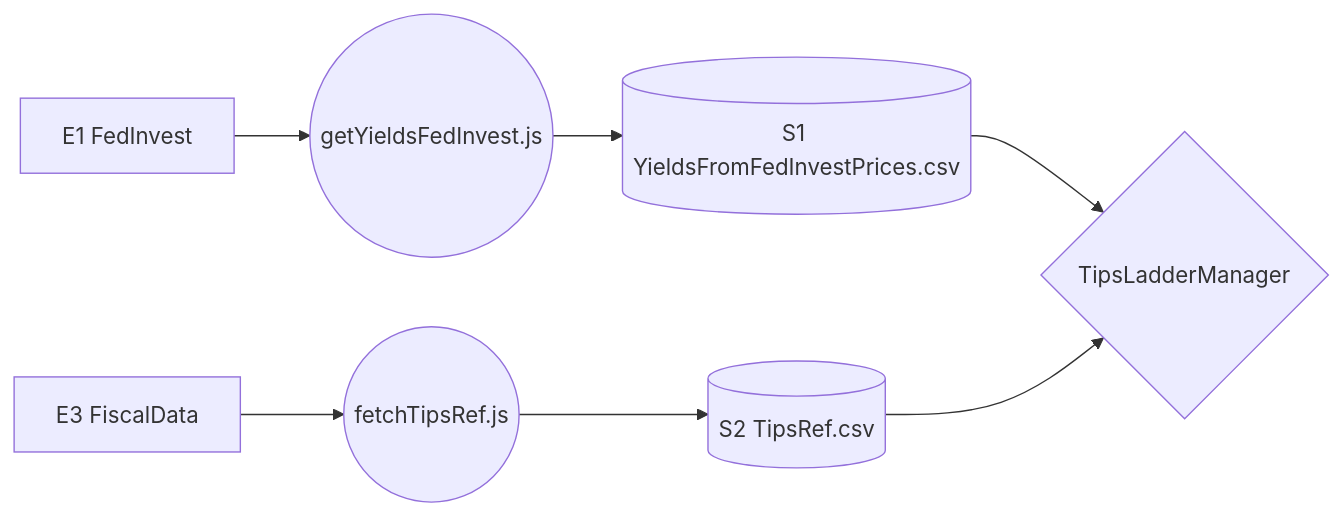
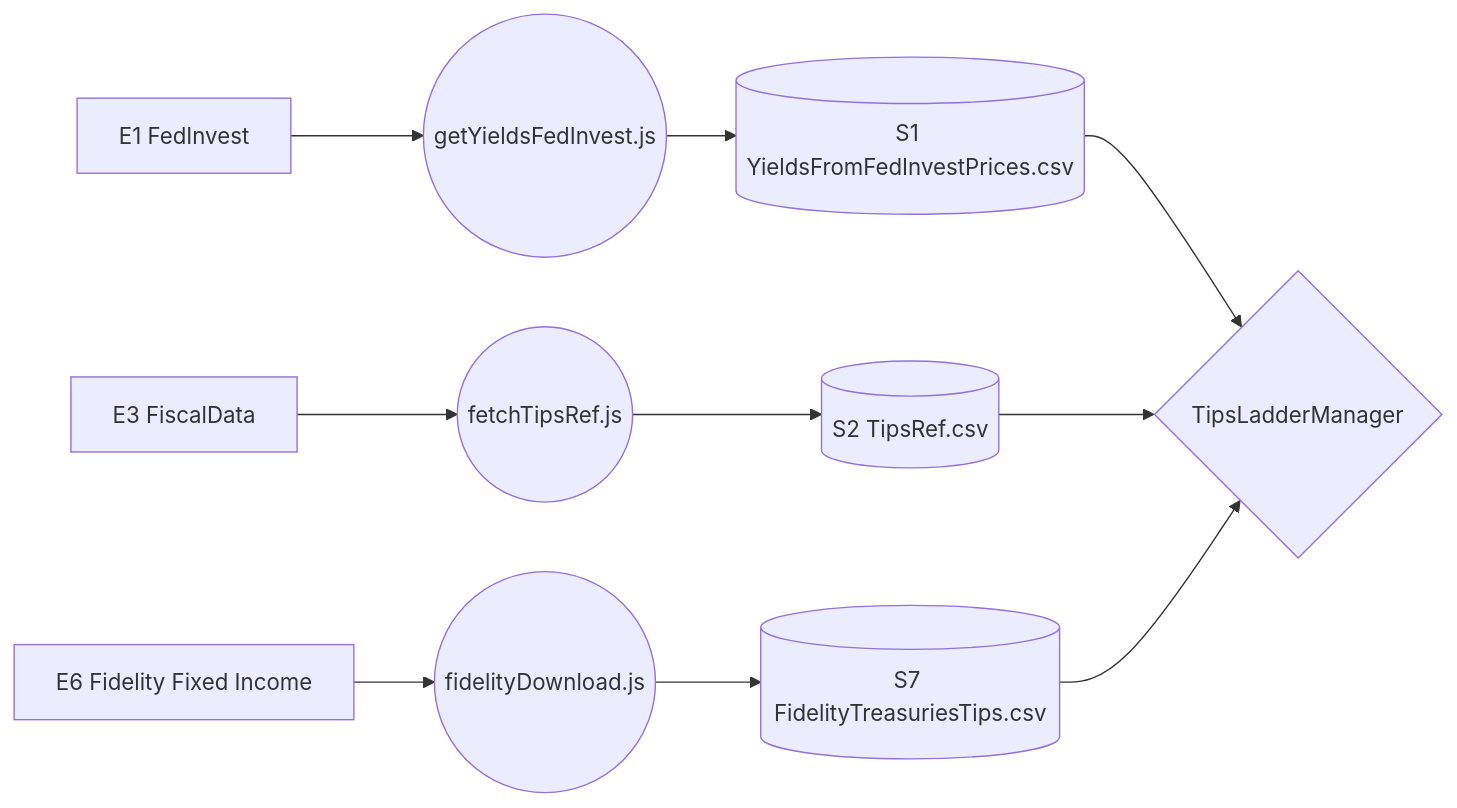
One commit to aerokam/TIPS changed the diagram in TipsLadderManager/knowledge/3.1_Data_Pipeline.md. Above: the diagram before and after it, drawn with Mermaid. The commit also changed other lines of this file and 11 other files, not shown here.

First line of the commit message:
Default TipsLadderManager to market (Fidelity) yields, keep FedInvest dormant

````diff
--- a/TipsLadderManager/knowledge/3.1_Data_Pipeline.md
+++ b/TipsLadderManager/knowledge/3.1_Data_Pipeline.md
@@ -12,32 +12,40 @@
 ```mermaid
 graph LR
     %% Sources
     E1[E1 FedInvest]
     E3[E3 FiscalData]
+    E6[E6 Fidelity Fixed Income]
 
     %% Jobs
     P1((getYieldsFedInvest.js))
     P3((fetchTipsRef.js))
+    P4((fidelityDownload.js))
 
     %% Stores
     S1[("S1 YieldsFromFedInvestPrices.csv")]
     S2[(S2 TipsRef.csv)]
+    S7[(S7 FidelityTreasuriesTips.csv)]
 
     %% App
     A2{TipsLadderManager}
 
     %% Flows
     E1 --> P1
     E3 --> P3
+    E6 --> P4
     P1 --> S1
     P3 --> S2
+    P4 --> S7
     S1 --> A2
     S2 --> A2
+    S7 --> A2
 
     %% Links
     click E1 "https://www.treasurydirect.gov/GA-FI/FedInvest/todaySecurityPriceDetail" "FedInvest Site"
     click S1 "https://pub-ba11062b177640459f72e0a88d0261ae.r2.dev/Treasuries/YieldsFromFedInvestPrices.csv" "View Live YieldsFromFedInvestPrices.csv"
     click S2 "https://pub-ba11062b177640459f72e0a88d0261ae.r2.dev/Treasuries/TipsRef.csv" "View Live TipsRef.csv"
+    click S7 "https://pub-ba11062b177640459f72e0a88d0261ae.r2.dev/Treasuries/FidelityTreasuriesTips.csv" "View Live FidelityTreasuriesTips.csv"
     click P1 "#getyieldsfedinvestjs" "View Process Doc"
     click P3 "#fetchtipsrefjs" "View Process Doc"
+    click P4 "#fidelitydownloadjs" "View Process Doc"
 ```
````
